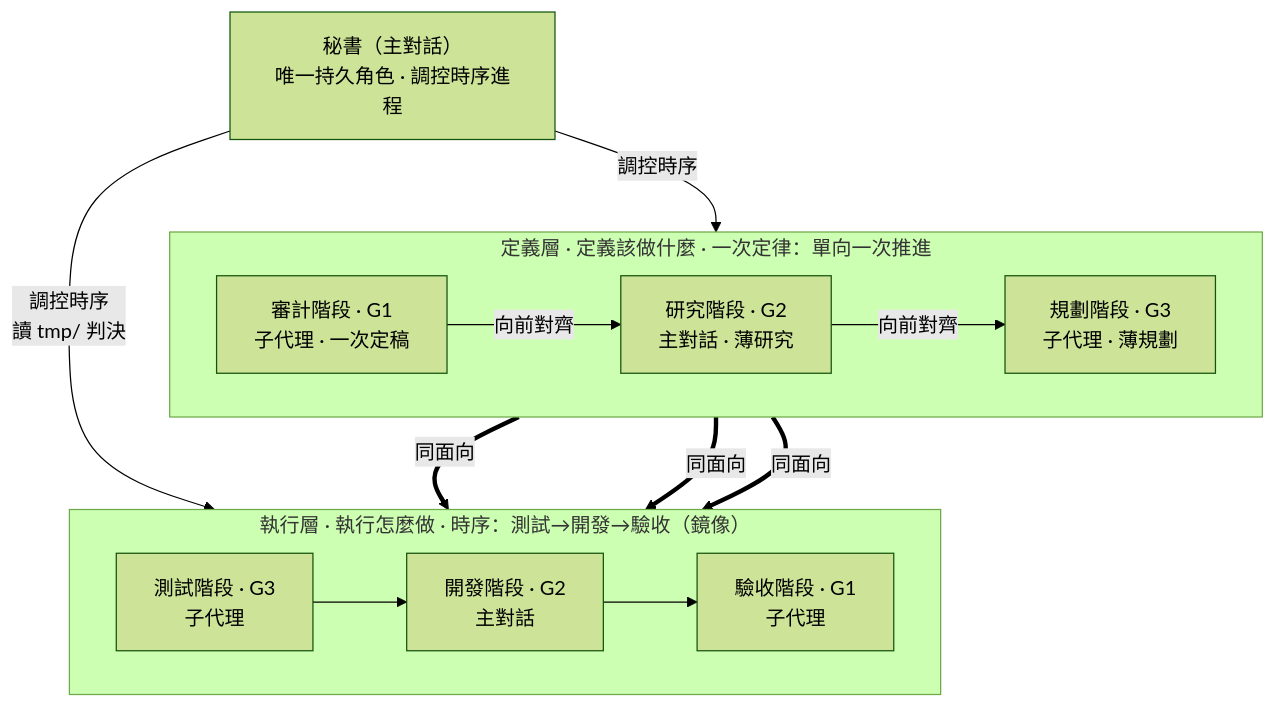
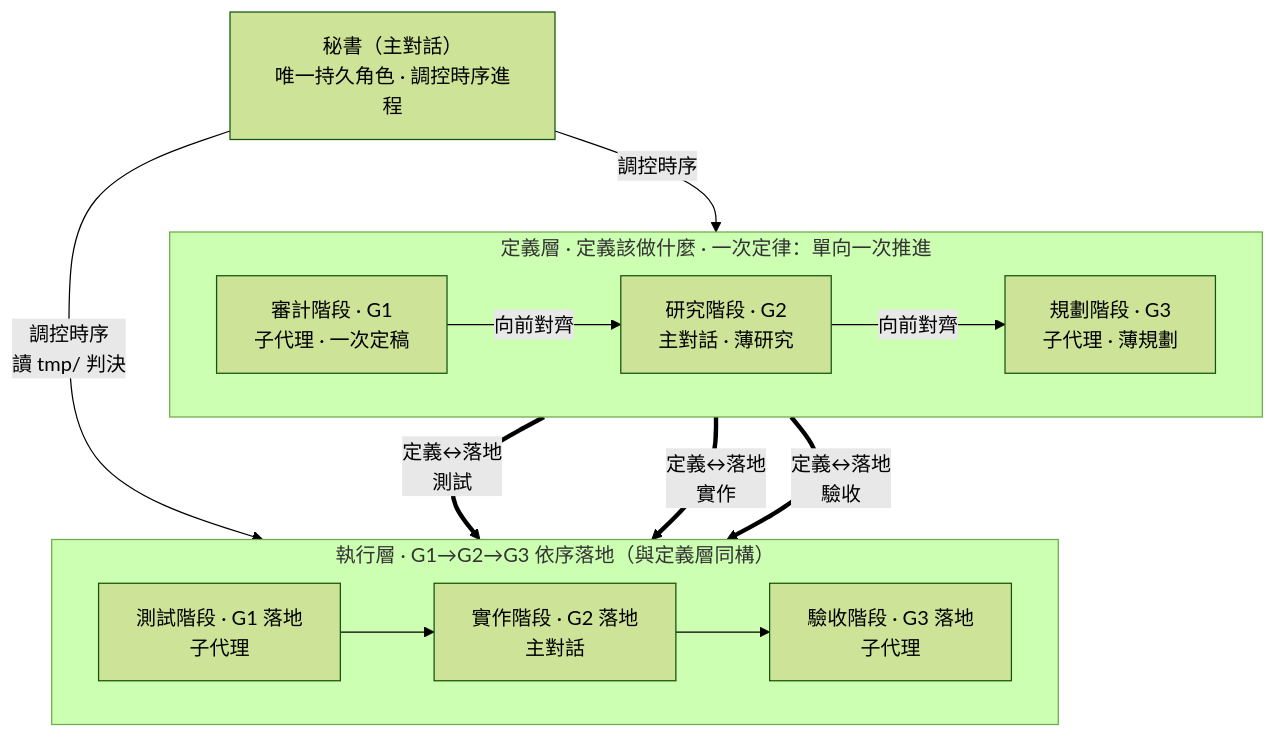
Before and after one commit to teps3105/shiftblame: the second of 2 diagrams in README.md, drawn with Mermaid (forest theme). The commit also changed other lines of this file and 10 other files, not shown here.

````diff
--- a/README.md
+++ b/README.md
@@ -100,19 +100,19 @@
 ```mermaid
 flowchart TB
     SEC["秘書（主對話）<br/>唯一持久角色 · 調控時序進程"]
     subgraph Consult["定義層 · 定義該做什麼 · 一次定律：單向一次推進"]
         direction LR
         G1["審計階段 · G1<br/>子代理 · 一次定稿"] -->|向前對齊| G2["研究階段 · G2<br/>主對話 · 薄研究"]
         G2 -->|向前對齊| G3["規劃階段 · G3<br/>子代理 · 薄規劃"]
     end
-    subgraph Build["執行層 · 執行怎麼做 · 時序：測試→開發→驗收（鏡像）"]
+    subgraph Build["執行層 · G1→G2→G3 依序落地（與定義層同構）"]
         direction LR
-        TST["測試階段 · G3<br/>子代理"] --> DEV["開發階段 · G2<br/>主對話"]
-        DEV --> ACC["驗收階段 · G1<br/>子代理"]
+        TST["測試階段 · G1 落地<br/>子代理"] --> DEV["實作階段 · G2 落地<br/>主對話"]
+        DEV --> ACC["驗收階段 · G3 落地<br/>子代理"]
     end
     SEC -- 調控時序 --> Consult
     SEC -- 調控時序<br/>讀 tmp/ 判決 --> Build
-    G1 == 同面向 ==> ACC
-    G2 == 同面向 ==> DEV
-    G3 == 同面向 ==> TST
+    G1 == "定義↔落地<br/>測試" ==> TST
+    G2 == "定義↔落地<br/>實作" ==> DEV
+    G3 == "定義↔落地<br/>驗收" ==> ACC
 ```
````
